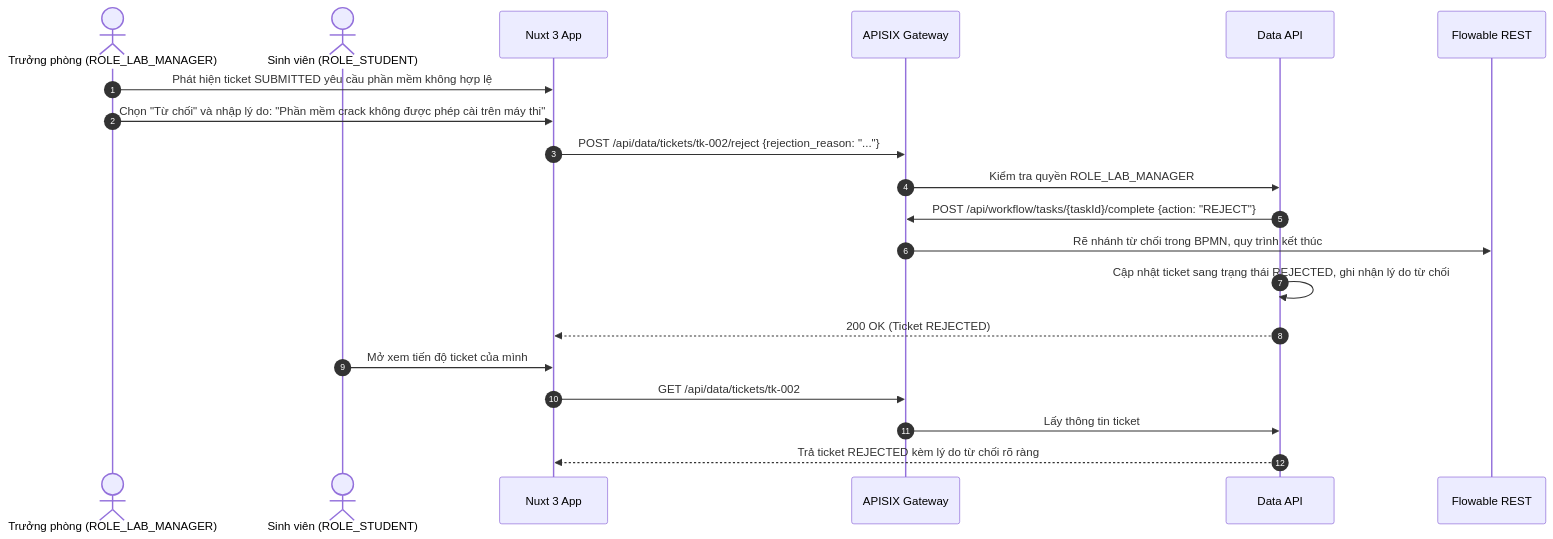
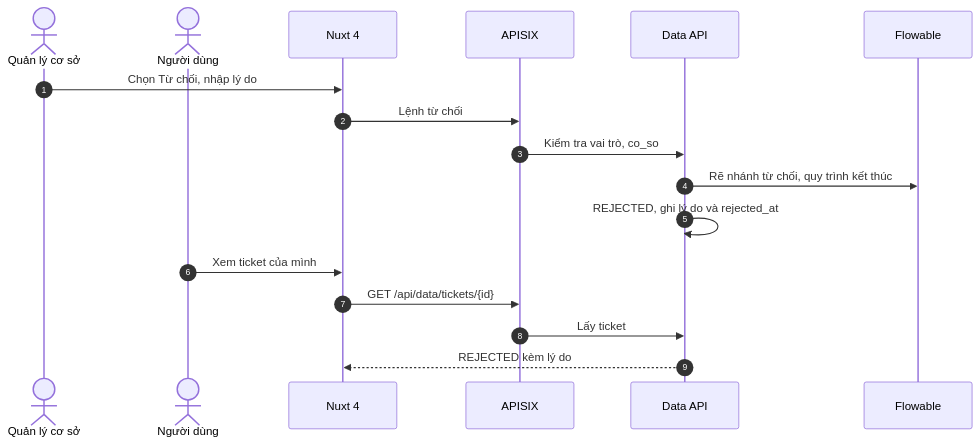
Before and after one commit to HaUI-Libre/dx-lab: the sixth of 6 diagrams in docs/architecture.md, drawn with Mermaid. The commit also changed other lines of this file and 10 other files, not shown here.

````diff
--- a/docs/architecture.md
+++ b/docs/architecture.md
@@ -318,24 +386,20 @@
 ```mermaid
 sequenceDiagram
     autonumber
-    actor Manager as Trưởng phòng (ROLE_LAB_MANAGER)
-    actor Student as Sinh viên (ROLE_STUDENT)
-    participant UI as Nuxt 3 App
-    participant GW as APISIX Gateway
+    actor Mgr as Quản lý cơ sở
+    actor User as Người dùng
+    participant UI as Nuxt 4
+    participant GW as APISIX
     participant Data as Data API
-    participant FL as Flowable REST
+    participant FL as Flowable
 
-    Manager->>UI: Phát hiện ticket SUBMITTED yêu cầu phần mềm không hợp lệ
-    Manager->>UI: Chọn "Từ chối" và nhập lý do: "Phần mềm crack không được phép cài trên máy thi"
-    UI->>GW: POST /api/data/tickets/tk-002/reject {rejection_reason: "..."}
-    GW->>Data: Kiểm tra quyền ROLE_LAB_MANAGER
-    Data->>GW: POST /api/workflow/tasks/{taskId}/complete {action: "REJECT"}
-    GW->>FL: Rẽ nhánh từ chối trong BPMN, quy trình kết thúc
-    Data->>Data: Cập nhật ticket sang trạng thái REJECTED, ghi nhận lý do từ chối
-    Data-->>UI: 200 OK (Ticket REJECTED)
-
-    Student->>UI: Mở xem tiến độ ticket của mình
-    UI->>GW: GET /api/data/tickets/tk-002
-    GW->>Data: Lấy thông tin ticket
-    Data-->>UI: Trả ticket REJECTED kèm lý do từ chối rõ ràng
+    Mgr->>UI: Chọn Từ chối, nhập lý do
+    UI->>GW: Lệnh từ chối
+    GW->>Data: Kiểm tra vai trò, co_so
+    Data->>FL: Rẽ nhánh từ chối, quy trình kết thúc
+    Data->>Data: REJECTED, ghi lý do và rejected_at
+    User->>UI: Xem ticket của mình
+    UI->>GW: GET /api/data/tickets/{id}
+    GW->>Data: Lấy ticket
+    Data-->>UI: REJECTED kèm lý do
 ```
````
